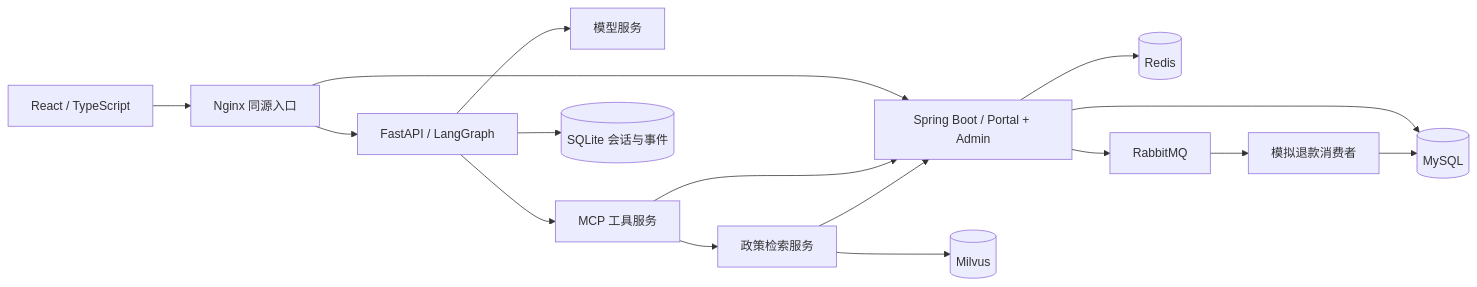
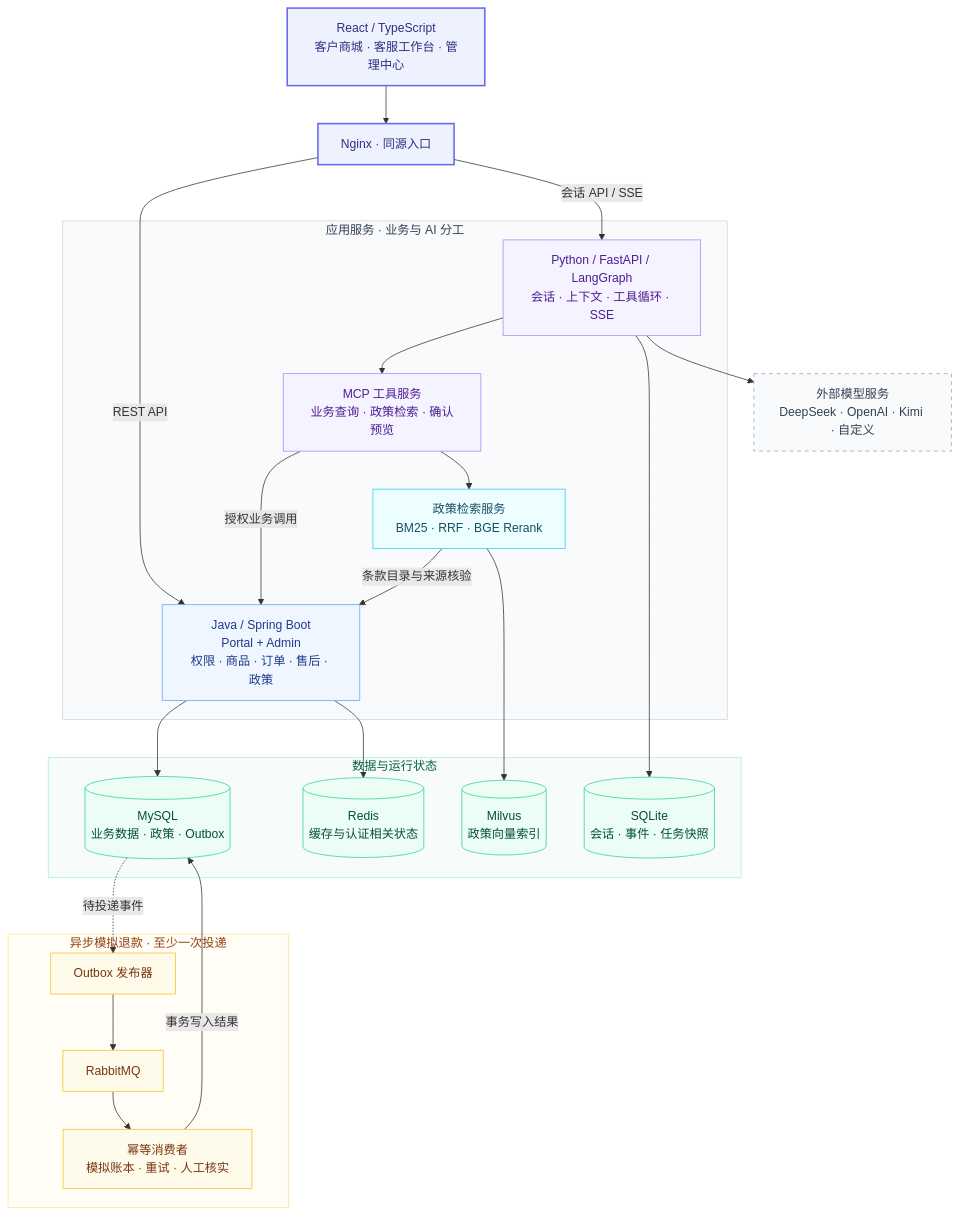
One commit to GRIZ200005/shop-agent-stack changed the second of 2 diagrams in README.md. Above: the diagram before and after it, drawn with Mermaid. The commit also changed other lines of this file, not shown here.

Commit message:
docs: foreground technology stack and refine architecture diagrams

````diff
--- a/README.md
+++ b/README.md
@@ -156,18 +186,48 @@
 ```mermaid
-flowchart LR
-    UI[React / TypeScript] --> N[Nginx 同源入口]
-    N --> J[Spring Boot / Portal + Admin]
-    N --> A[FastAPI / LangGraph]
-    A --> L[模型服务]
-    A --> M[MCP 工具服务]
-    M --> J
-    M --> R[政策检索服务]
-    R --> V[(Milvus)]
-    R --> J
-    J --> D[(MySQL)]
-    J --> C[(Redis)]
-    J --> Q[RabbitMQ]
-    Q --> W[模拟退款消费者]
-    W --> D
-    A --> S[(SQLite 会话与事件)]
+flowchart TB
+    UI[React / TypeScript<br/>客户商城 · 客服工作台 · 管理中心]:::client
+    UI --> N[Nginx · 同源入口]:::client
+
+    subgraph APPLICATION[应用服务 · 业务与 AI 分工]
+        J[Java / Spring Boot<br/>Portal + Admin<br/>权限 · 商品 · 订单 · 售后 · 政策]:::business
+        A[Python / FastAPI / LangGraph<br/>会话 · 上下文 · 工具循环 · SSE]:::agent
+        M[MCP 工具服务<br/>业务查询 · 政策检索 · 确认预览]:::agent
+        R[政策检索服务<br/>BM25 · RRF · BGE Rerank]:::search
+        A --> M
+        M -->|授权业务调用| J
+        M --> R
+        R -->|条款目录与来源核验| J
+    end
+    N -->|REST API| J
+    N -->|会话 API / SSE| A
+
+    subgraph DATA[数据与运行状态]
+        D[(MySQL<br/>业务数据 · 政策 · Outbox)]:::store
+        C[(Redis<br/>缓存与认证相关状态)]:::store
+        S[(SQLite<br/>会话 · 事件 · 任务快照)]:::store
+        V[(Milvus<br/>政策向量索引)]:::store
+    end
+    J --> D
+    J --> C
+    A --> S
+    R --> V
+
+    subgraph ASYNC[异步模拟退款 · 至少一次投递]
+        P[Outbox 发布器]:::async --> Q[RabbitMQ]:::async
+        Q --> W[幂等消费者<br/>模拟账本 · 重试 · 人工核实]:::async
+    end
+    D -.->|待投递事件| P
+    W -->|事务写入结果| D
+    A --> L[外部模型服务<br/>DeepSeek · OpenAI · Kimi · 自定义]:::external
+
+    classDef client fill:#eef2ff,stroke:#6366f1,color:#312e81,stroke-width:2px
+    classDef business fill:#eff6ff,stroke:#60a5fa,color:#1e3a8a
+    classDef agent fill:#f5f3ff,stroke:#a78bfa,color:#4c1d95
+    classDef search fill:#ecfeff,stroke:#22d3ee,color:#164e63
+    classDef store fill:#ecfdf5,stroke:#34d399,color:#064e3b
+    classDef async fill:#fffbeb,stroke:#fbbf24,color:#78350f
+    classDef external fill:#f8fafc,stroke:#94a3b8,color:#334155,stroke-dasharray:5 5
+    style APPLICATION fill:#f8fafc,stroke:#cbd5e1,color:#334155
+    style DATA fill:#f7fcfa,stroke:#a7f3d0,color:#065f46
+    style ASYNC fill:#fffdf5,stroke:#fde68a,color:#92400e
 ```
````
